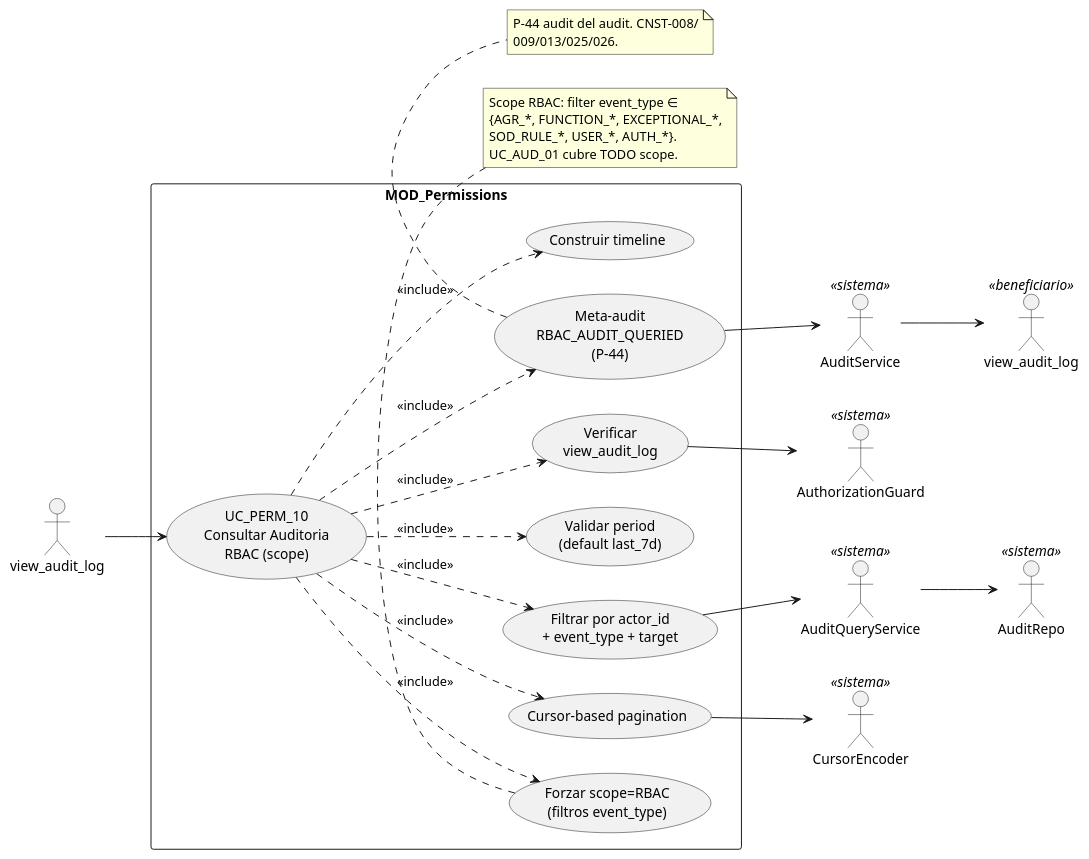
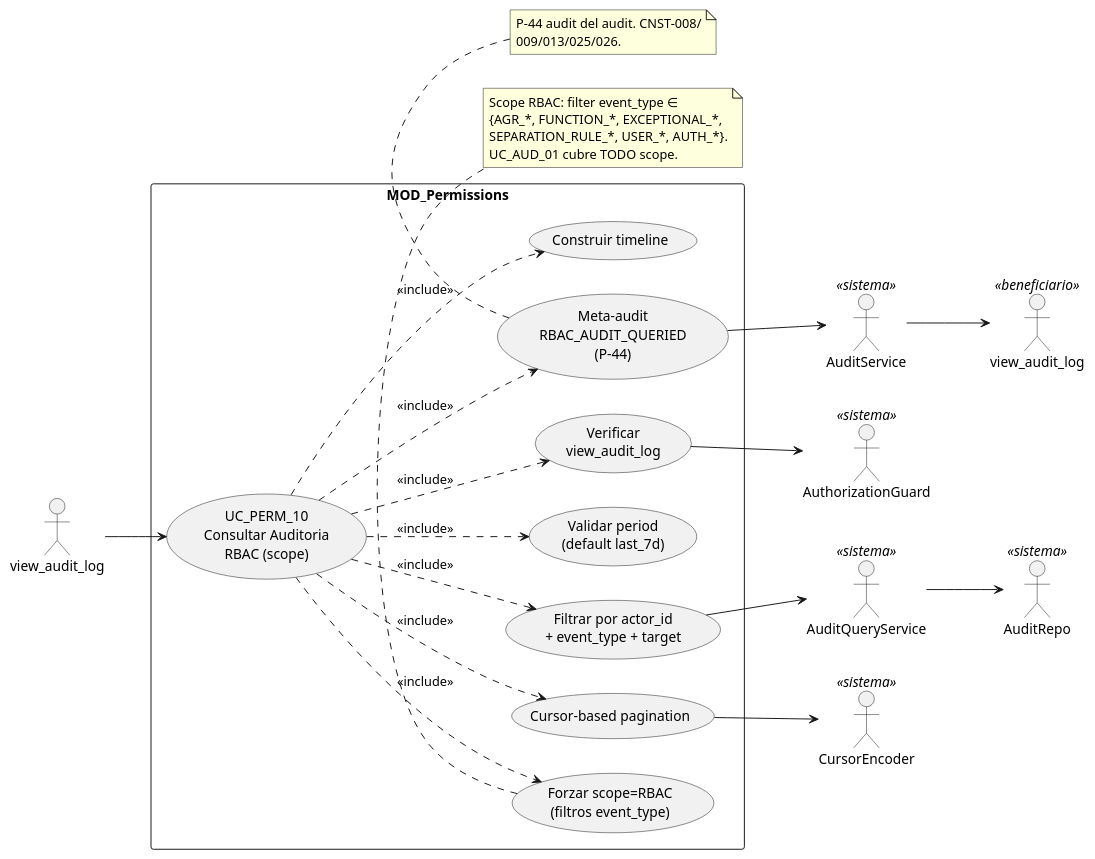
One commit to jcg-admin/IACT-docs changed the diagram in source/arquitectura-tecnica/use-case-view/permissions/uc-perm-10-consultar-auditoria-de-permisos.rst. Above: the diagram before and after it, drawn with PlantUML.

Commit message:
Replace SOD_RULE_ event in uc-perm-10
T-012: Cat-1 SOD_RULE_* -> SEPARATION_RULE_* in audit
event taxonomy note.

Refs: T-012, executor directive 'no Sod'

```diff
--- a/source/arquitectura-tecnica/use-case-view/permissions/uc-perm-10-consultar-auditoria-de-permisos.rst
+++ b/source/arquitectura-tecnica/use-case-view/permissions/uc-perm-10-consultar-auditoria-de-permisos.rst
@@ -25,56 +25,56 @@
 .. uml::
  :caption: UC_PERM_10 — actores y casos asociados.
 
  @startuml
 
  left to right direction
 
  actor "view_audit_log" as view_audit_log
  actor "view_audit_log" as view_audit_log_meta <<beneficiario>>
  actor "AuthorizationGuard" as AuthorizationGuard <<sistema>>
  actor "AuditQueryService" as AuditQueryService <<sistema>>
  actor "AuditRepo" as AuditRepo <<sistema>>
  actor "CursorEncoder" as CursorEncoder <<sistema>>
  actor "AuditService" as AuditService <<sistema>>
 
  rectangle "MOD_Permissions" {
    usecase "UC_PERM_10\nConsultar Auditoria\nRBAC (scope)" as UC_PERM_10
    usecase "Verificar\nview_audit_log" as VERIFICAR_AGR
    usecase "Validar period\n(default last_7d)" as VALIDAR_PERIOD
    usecase "Forzar scope=RBAC\n(filtros event_type)" as FORZAR_SCOPE
    usecase "Filtrar por actor_id\n+ event_type + target" as FILTROS
    usecase "Cursor-based pagination" as PAGINACION
    usecase "Construir timeline" as TIMELINE
    usecase "Meta-audit\nRBAC_AUDIT_QUERIED\n(P-44)" as METAAUDIT
  }
 
  view_audit_log --> UC_PERM_10
 
  UC_PERM_10 ..> VERIFICAR_AGR : <<include>>
  UC_PERM_10 ..> VALIDAR_PERIOD : <<include>>
  UC_PERM_10 ..> FORZAR_SCOPE : <<include>>
  UC_PERM_10 ..> FILTROS : <<include>>
  UC_PERM_10 ..> PAGINACION : <<include>>
  UC_PERM_10 ..> TIMELINE : <<include>>
  UC_PERM_10 ..> METAAUDIT : <<include>>
 
  VERIFICAR_AGR --> AuthorizationGuard
  FILTROS --> AuditQueryService
  AuditQueryService --> AuditRepo
  PAGINACION --> CursorEncoder
  METAAUDIT --> AuditService
  AuditService --> view_audit_log_meta
 
  note bottom of FORZAR_SCOPE
    Scope RBAC: filter event_type ∈
    {AGR_*, FUNCTION_*, EXCEPTIONAL_*,
-   SOD_RULE_*, USER_*, AUTH_*}.
+   SEPARATION_RULE_*, USER_*, AUTH_*}.
    UC_AUD_01 cubre TODO scope.
  end note
 
  note bottom of METAAUDIT
    P-44 audit del audit. CNST-008/
    009/013/025/026.
  end note
 
  @enduml
```
